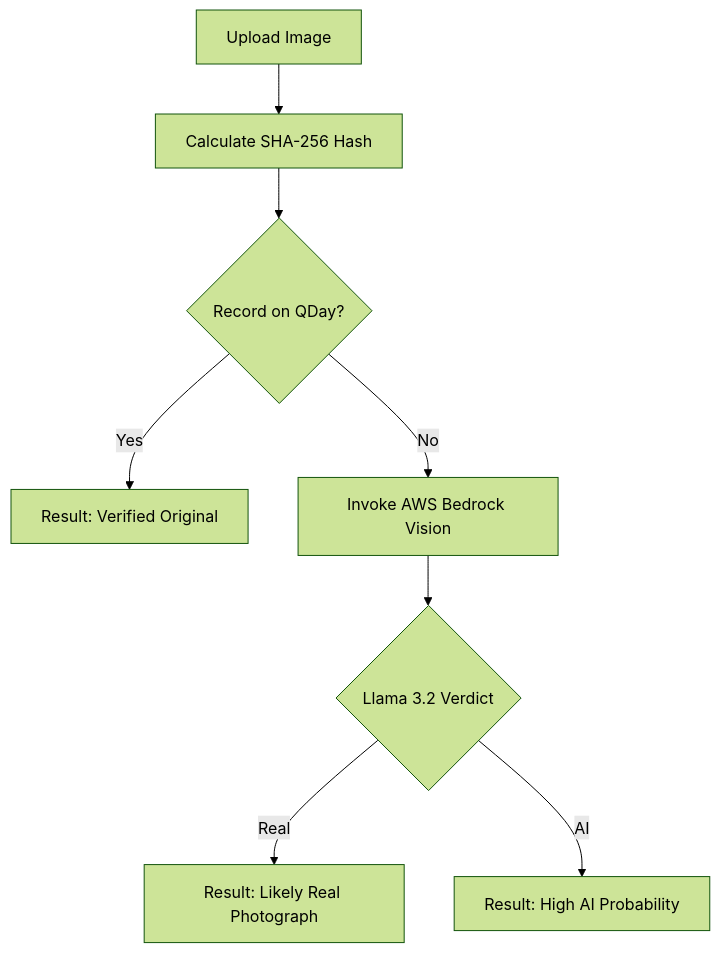
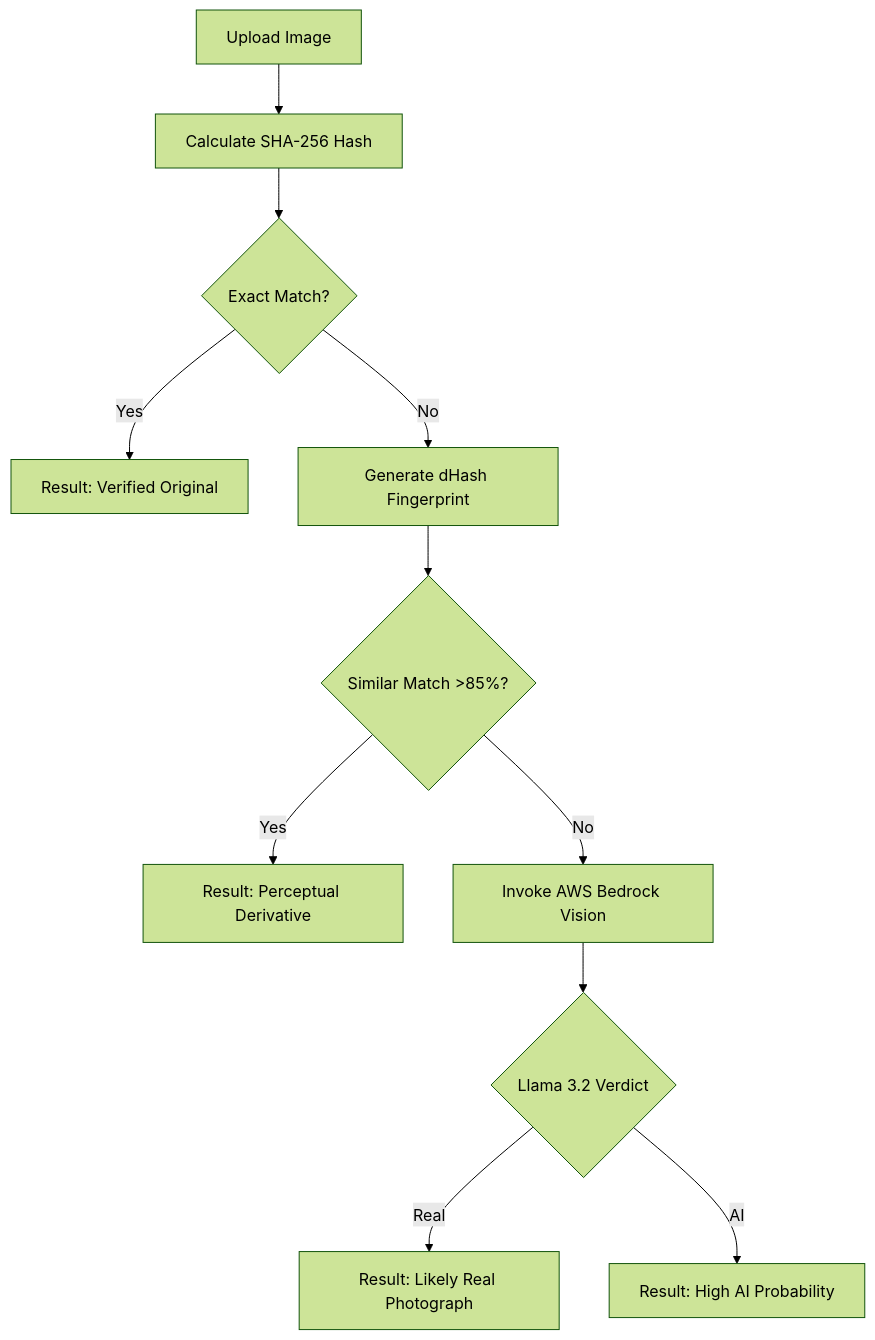
One commit to Sbanant/delay-no-more- changed the diagram in README.md. Above: the diagram before and after it, drawn with Mermaid (forest theme). The commit also changed other lines of this file, not shown here.

````diff
--- a/README.md
+++ b/README.md
@@ -83,10 +83,13 @@
 ```mermaid
 graph TD
     A[Upload Image] --> B[Calculate SHA-256 Hash]
-    B --> C{Record on QDay?}
+    B --> C{Exact Match?}
     C -- Yes --> D[Result: Verified Original]
-    C -- No --> E[Invoke AWS Bedrock Vision]
-    E --> F{Llama 3.2 Verdict}
-    F -- Real --> G[Result: Likely Real Photograph]
-    F -- AI --> H[Result: High AI Probability]
+    C -- No --> E[Generate dHash Fingerprint]
+    E --> F{Similar Match >85%?}
+    F -- Yes --> G[Result: Perceptual Derivative]
+    F -- No --> H[Invoke AWS Bedrock Vision]
+    H --> I{Llama 3.2 Verdict}
+    I -- Real --> J[Result: Likely Real Photograph]
+    I -- AI --> K[Result: High AI Probability]
 ```
````
